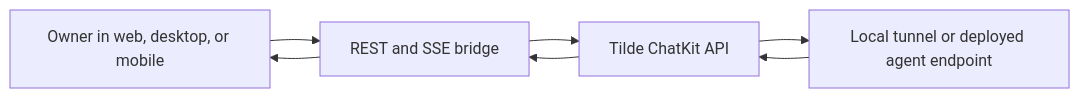
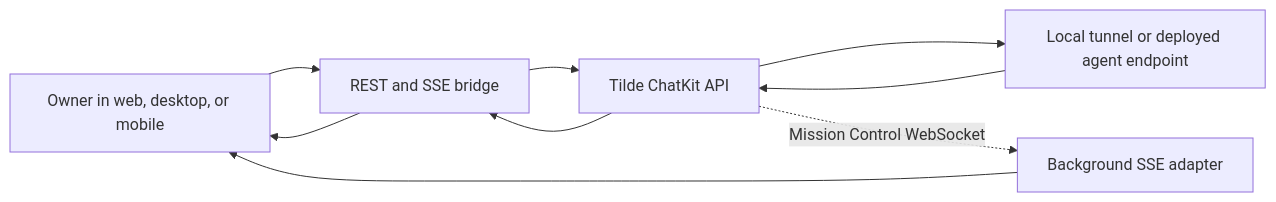
The diagram in docs/adrs/0014-owner-chat-control-api.md (trytilde/dispatch), drawn with Mermaid before and after one commit. The commit also changed other lines of this file and 39 other files, not shown here.

````diff
--- a/docs/adrs/0014-owner-chat-control-api.md
+++ b/docs/adrs/0014-owner-chat-control-api.md
@@ -24,9 +37,11 @@
 ```mermaid
 flowchart LR
   O["Owner in web, desktop, or mobile"] --> C["REST and SSE bridge"]
   C --> T["Tilde ChatKit API"]
   T --> A["Local tunnel or deployed agent endpoint"]
   A --> T
   T --> C
   C --> O
+  T -. "Mission Control WebSocket" .-> B["Background SSE adapter"]
+  B --> O
 ```
````
